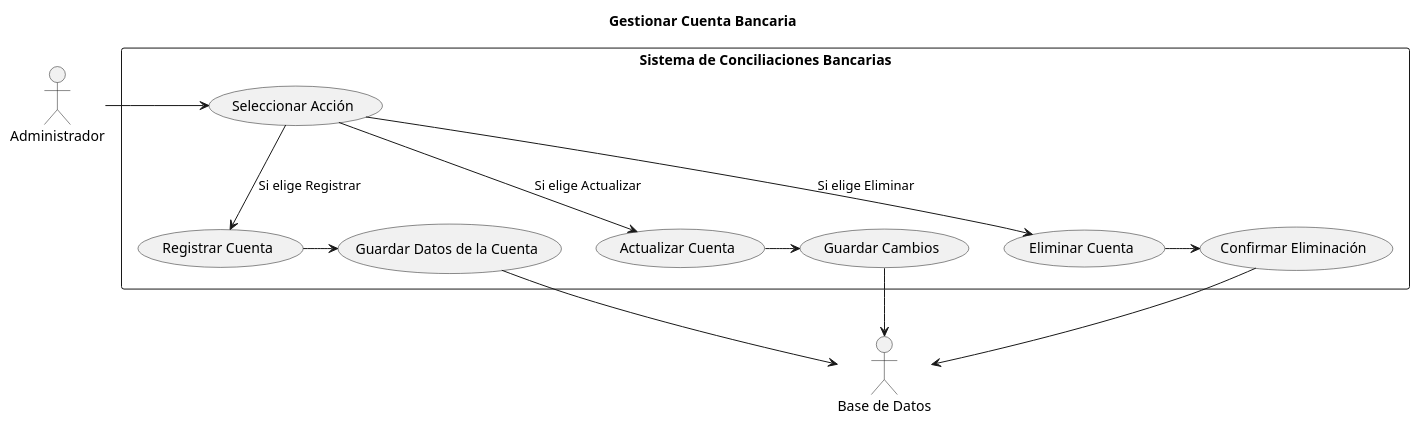
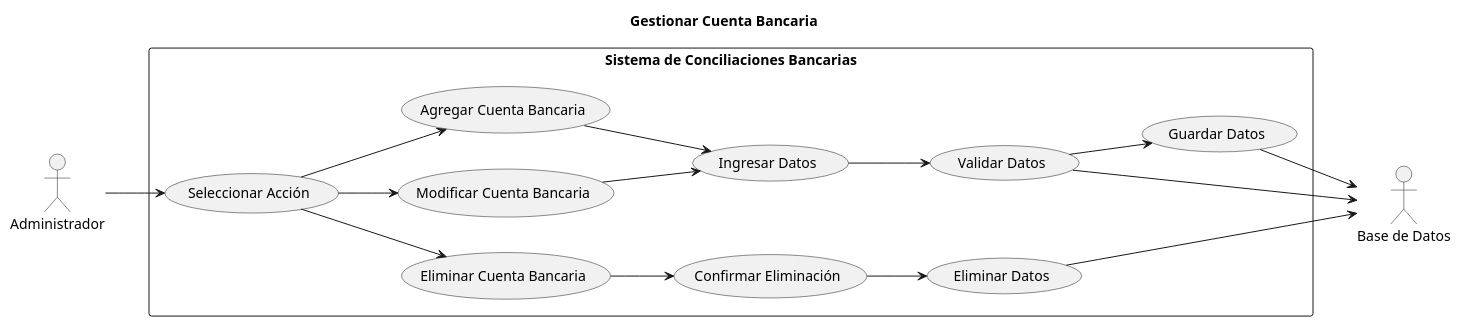
One commit to ricardouriegas/sistema-de-consilaciones-bancarias changed the diagram in GestionarCuentaBancaria.puml. Above: the diagram before and after it, drawn with PlantUML. The commit also changed 15 other files, not shown here.

```diff
--- a/GestionarCuentaBancaria.puml
+++ b/GestionarCuentaBancaria.puml
@@ -1,23 +1,28 @@
 @startuml GestionarCuentaBancaria
 title Gestionar Cuenta Bancaria
+left to right direction
 
 actor Administrador as admin
-actor "Base de Datos" as bd
+actor "Base de Datos" as db
 
 rectangle "Sistema de Conciliaciones Bancarias" {
-    admin -> (Seleccionar Acción)
+    admin --> (Seleccionar Acción)
 
-    (Seleccionar Acción) --> (Registrar Cuenta) : Si elige Registrar
-    (Seleccionar Acción) --> (Actualizar Cuenta) : Si elige Actualizar
-    (Seleccionar Acción) --> (Eliminar Cuenta) : Si elige Eliminar
+    (Seleccionar Acción) --> (Agregar Cuenta Bancaria)
+    (Seleccionar Acción) --> (Modificar Cuenta Bancaria)
+    (Seleccionar Acción) --> (Eliminar Cuenta Bancaria)
 
-    (Registrar Cuenta) -> (Guardar Datos de la Cuenta)
-    (Actualizar Cuenta) -> (Guardar Cambios)
-    (Eliminar Cuenta) -> (Confirmar Eliminación)
+    (Agregar Cuenta Bancaria) --> (Ingresar Datos)
+    (Modificar Cuenta Bancaria) --> (Ingresar Datos)
+    (Eliminar Cuenta Bancaria) --> (Confirmar Eliminación)
 
-    (Guardar Datos de la Cuenta) --> bd
-    (Guardar Cambios) --> bd
-    (Confirmar Eliminación) --> bd
+    (Ingresar Datos) --> (Validar Datos)
+    (Validar Datos) --> (Guardar Datos)
+    (Validar Datos) --> db
+    (Guardar Datos) --> db
+
+    (Confirmar Eliminación) --> (Eliminar Datos)
+    (Eliminar Datos) --> db
 }
 
 @enduml
```
